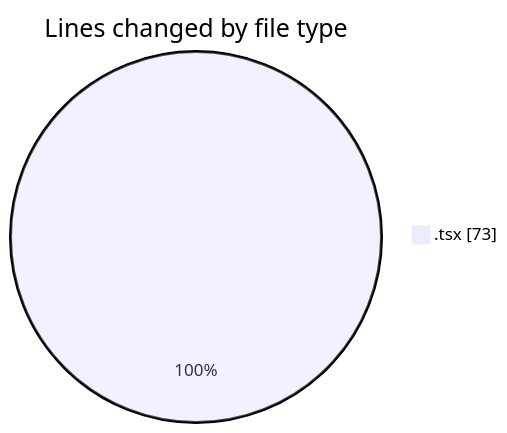
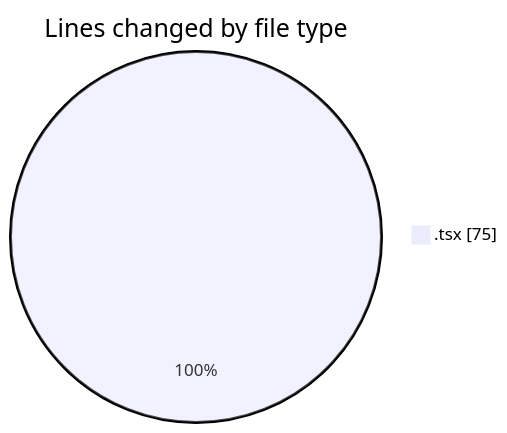
The first of 2 diagrams in 2025-03-09/src/README.md (ecomensa/code-tracking), drawn with Mermaid before and after one commit. The commit also changed other lines of this file and 2 other files, not shown here.

````diff
--- a/2025-03-09/src/README.md
+++ b/2025-03-09/src/README.md
@@ -20,5 +20,5 @@
 ```mermaid
 pie showData
 title Lines changed by file type
-".tsx" : 73
+".tsx" : 75
 ```
````
